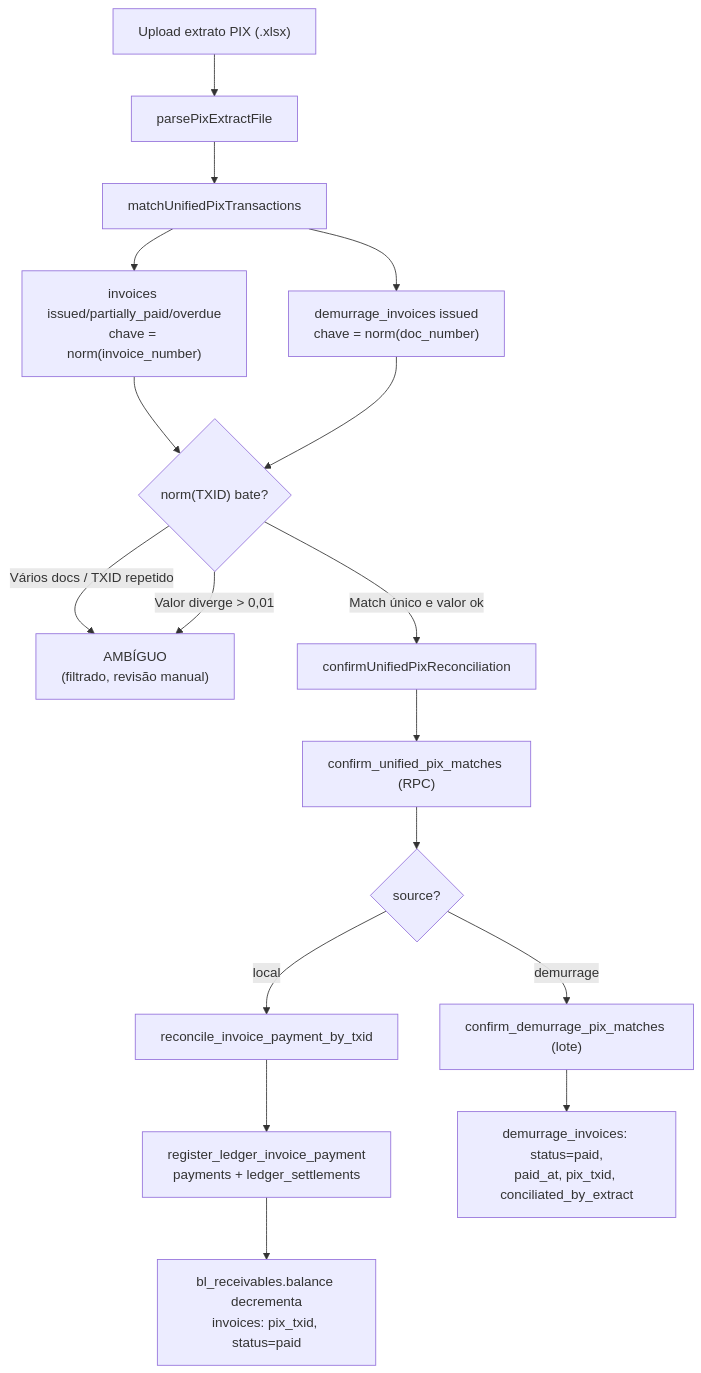
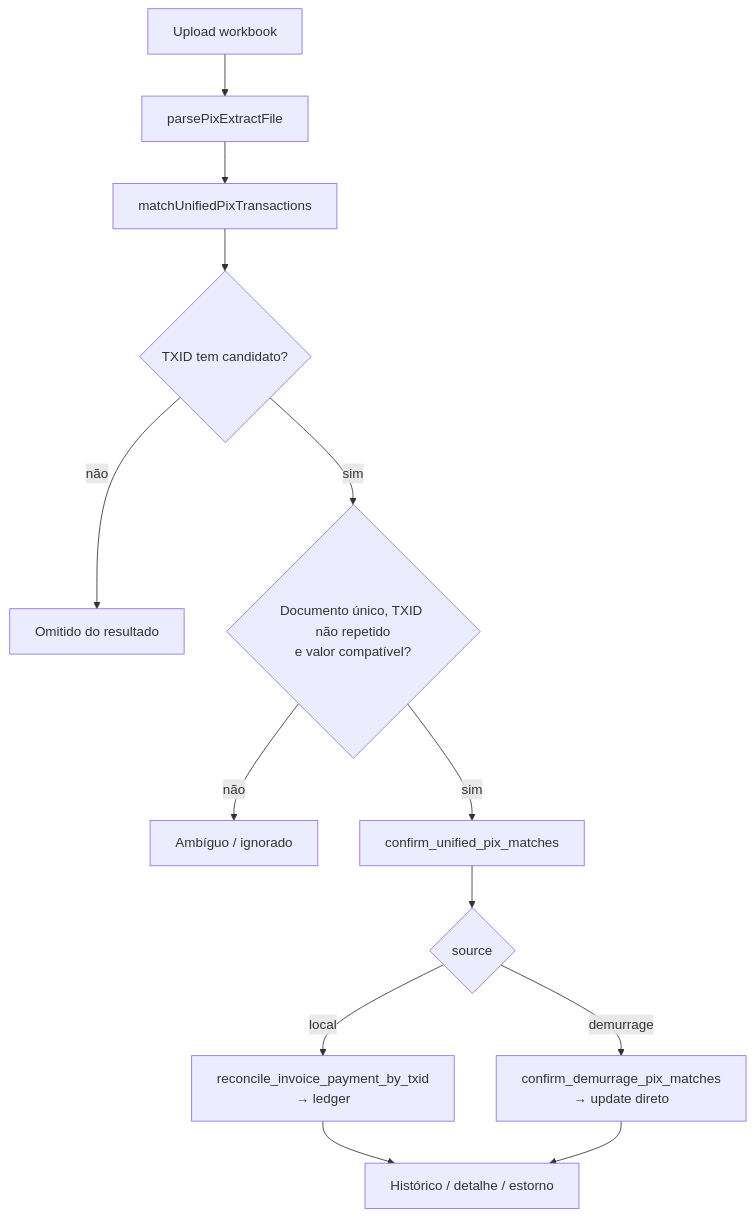
The diagram in docs/modules/reconciliacao-pix.md (luccafwlog/transhippingdesk), drawn with Mermaid before and after one commit. The commit also changed other lines of this file and 2 other files, not shown here.

Commit message:
docs: map local charges billing ledger and pix

````diff
--- a/docs/modules/reconciliacao-pix.md
+++ b/docs/modules/reconciliacao-pix.md
@@ -13,19 +127,15 @@
 ```mermaid
-graph TD
-    A["Upload extrato PIX (.xlsx)"] --> B["parsePixExtractFile"]
-    B --> C["matchUnifiedPixTransactions"]
-    C --> D["invoices issued/partially_paid/overdue<br/>chave = norm(invoice_number)"]
-    C --> E["demurrage_invoices issued<br/>chave = norm(doc_number)"]
-    D --> F{"norm(TXID) bate?"}
-    E --> F
-    F -->|"Vários docs / TXID repetido"| G["AMBÍGUO<br/>(filtrado, revisão manual)"]
-    F -->|"Valor diverge > 0,01"| G
-    F -->|"Match único e valor ok"| H["confirmUnifiedPixReconciliation"]
-    H --> I["confirm_unified_pix_matches (RPC)"]
-    I --> J{"source?"}
-    J -->|local| K["reconcile_invoice_payment_by_txid"]
-    K --> K1["register_ledger_invoice_payment<br/>payments + ledger_settlements"]
-    K1 --> K2["bl_receivables.balance decrementa<br/>invoices: pix_txid, status=paid"]
-    J -->|demurrage| L["confirm_demurrage_pix_matches (lote)"]
-    L --> L1["demurrage_invoices: status=paid,<br/>paid_at, pix_txid, conciliated_by_extract"]
+flowchart TD
+    Upload["Upload workbook"] --> Parse["parsePixExtractFile"]
+    Parse --> Match["matchUnifiedPixTransactions"]
+    Match --> Missing{"TXID tem candidato?"}
+    Missing -->|não| Omitted["Omitido do resultado"]
+    Missing -->|sim| Amb{"Documento único, TXID não repetido<br/>e valor compatível?"}
+    Amb -->|não| Review["Ambíguo / ignorado"]
+    Amb -->|sim| Submit["confirm_unified_pix_matches"]
+    Submit --> Source{"source"}
+    Source -->|local| Ledger["reconcile_invoice_payment_by_txid<br/>→ ledger"]
+    Source -->|demurrage| Direct["confirm_demurrage_pix_matches<br/>→ update direto"]
+    Ledger --> History["Histórico / detalhe / estorno"]
+    Direct --> History
 ```
````
